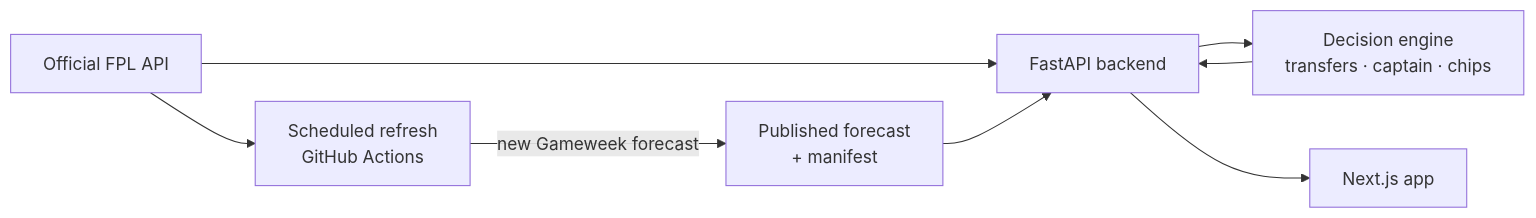
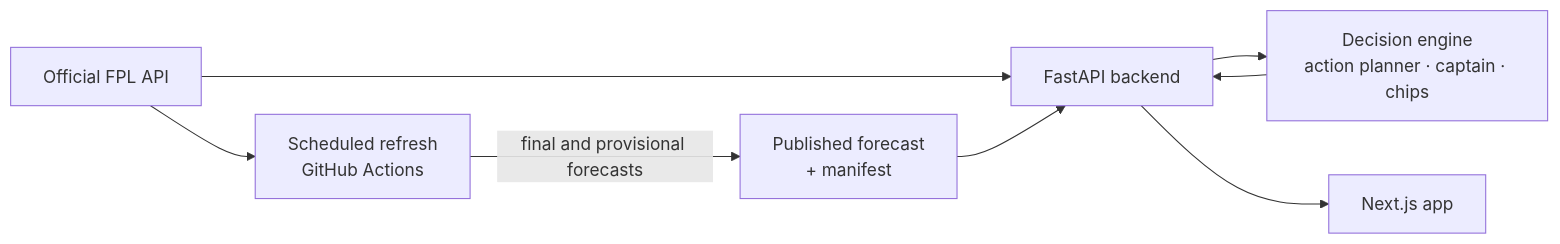
One commit to GAWI01/fantasy-football-ai changed the diagram in README.md. Above: the diagram before and after it, drawn with Mermaid. The commit also changed other lines of this file and 14 other files, not shown here.

````diff
--- a/README.md
+++ b/README.md
@@ -66,10 +263,10 @@
 ```mermaid
 flowchart LR
     FPL[Official FPL API] --> API[FastAPI backend]
     CSV[Published forecast<br/>+ manifest] --> API
-    API --> ENG[Decision engine<br/>transfers · captain · chips]
+    API --> ENG[Decision engine<br/>action planner · captain · chips]
     ENG --> API
     API --> WEB[Next.js app]
-    GHA[Scheduled refresh<br/>GitHub Actions] -->|new Gameweek forecast| CSV
+    GHA[Scheduled refresh<br/>GitHub Actions] -->|final and provisional forecasts| CSV
     FPL --> GHA
 ```
````
